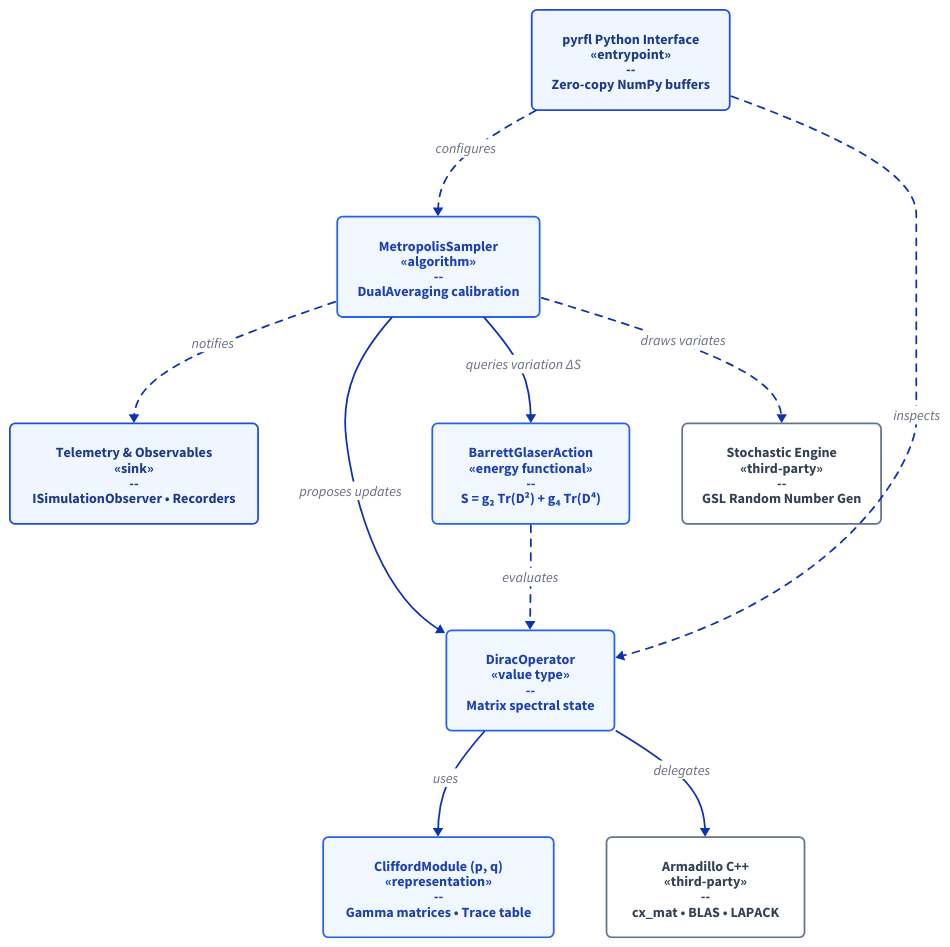
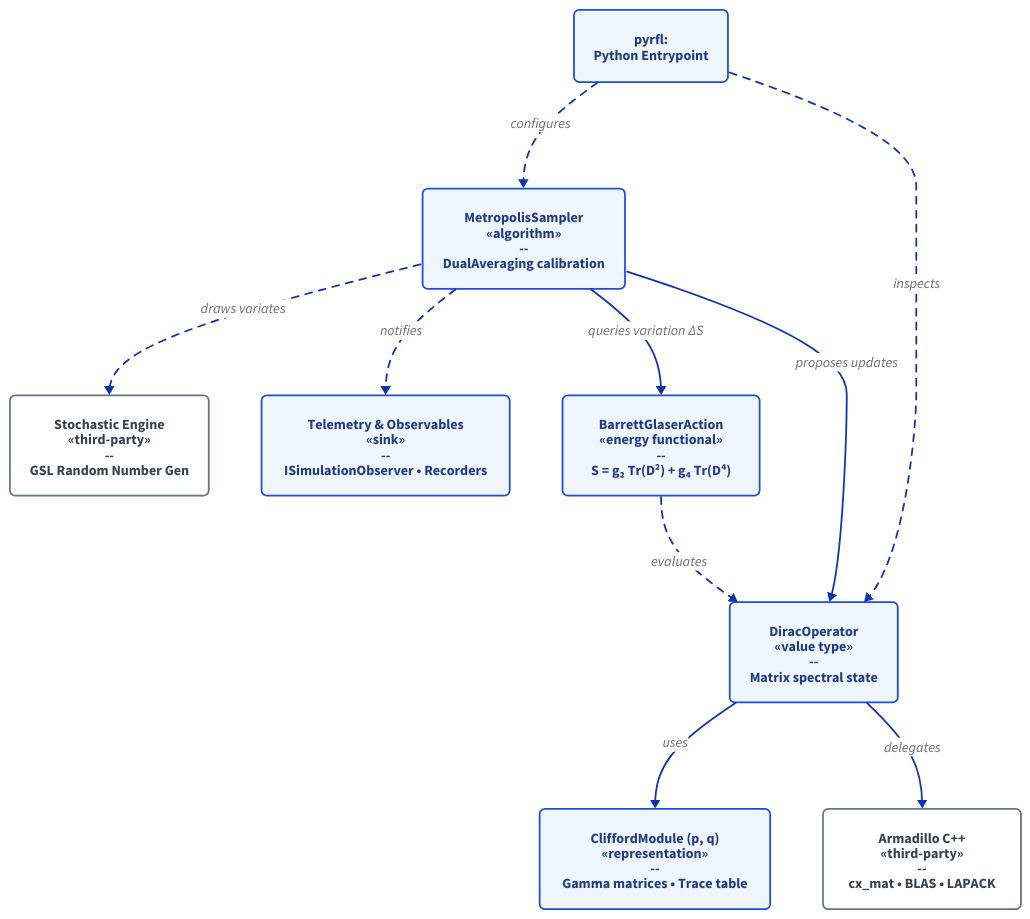
Before and after one commit to pauldruce/RFL: the diagram in docs/images/architecture_data_flow.d2, drawn with D2. The commit also changed 14 other files, not shown here.

```diff
--- a/docs/images/architecture_data_flow.d2
+++ b/docs/images/architecture_data_flow.d2
@@ -1,98 +1,87 @@
 # RFL System Architecture & Data Flow
 # Regenerate SVG: d2 architecture_data_flow.d2 architecture_data_flow.svg
 
 direction: down
 
-py: "pyrfl Python Interface\n«entrypoint»\n--\nZero-copy NumPy buffers" {
-  style: {
-    fill: "#eff6ff"
-    stroke: "#1d4ed8"
-    stroke-width: 2
-    border-radius: 6
-    font-color: "#1e3a8a"
-  }
+py: "pyrfl:\nPython Entrypoint" {
+  class: internal_component
+  shape: rectangle
 }
 
 obs: "Telemetry & Observables\n«sink»\n--\nISimulationObserver • Recorders" {
-  style: {
-    fill: "#eff6ff"
-    stroke: "#1d4ed8"
-    stroke-width: 2
-    border-radius: 6
-    font-color: "#1e3a8a"
-  }
+  class: internal_component
 }
 
 sampler: "MetropolisSampler\n«algorithm»\n--\nDualAveraging calibration" {
-  style: {
-    fill: "#f0f7ff"
-    stroke: "#2563eb"
-    stroke-width: 2
-    border-radius: 6
-    font-color: "#1e40af"
-  }
+  class: internal_component
 }
 
 action: "BarrettGlaserAction\n«energy functional»\n--\nS = g₂ Tr(D²) + g₄ Tr(D⁴)" {
-  style: {
-    fill: "#f0f7ff"
-    stroke: "#2563eb"
-    stroke-width: 2
-    border-radius: 6
-    font-color: "#1e40af"
-  }
+  class: internal_component
 }
 
 dirac: "DiracOperator\n«value type»\n--\nMatrix spectral state" {
-  style: {
-    fill: "#f0f7ff"
-    stroke: "#2563eb"
-    stroke-width: 2
-    border-radius: 6
-    font-color: "#1e40af"
-  }
+  class: internal_component
 }
 
 clifford: "CliffordModule (p, q)\n«representation»\n--\nGamma matrices • Trace table" {
-  style: {
-    fill: "#f0f7ff"
-    stroke: "#2563eb"
-    stroke-width: 2
-    border-radius: 6
-    font-color: "#1e40af"
-  }
+  class: internal_component
 }
 
 arma: "Armadillo C++\n«third-party»\n--\ncx_mat • BLAS • LAPACK" {
-  style: {
-    fill: "#ffffff"
-    stroke: "#64748b"
-    stroke-width: 2
-    border-radius: 6
-    font-color: "#334155"
-  }
+  class: external_system
 }
 
 rng: "Stochastic Engine\n«third-party»\n--\nGSL Random Number Gen" {
-  style: {
-    fill: "#ffffff"
-    stroke: "#64748b"
-    stroke-width: 2
-    border-radius: 6
-    font-color: "#334155"
-  }
+  class: external_system
 }
 
 # Execution & Data Flow
-py -> sampler: configures { style.stroke-dash: 4 }
-py -> dirac: inspects { style.stroke-dash: 4 }
+py -> sampler: configures {style.stroke-dash: 4}
+py -> dirac: inspects {style.stroke-dash: 4}
 
-sampler -> obs: notifies { style.stroke-dash: 4 }
+sampler -> rng: draws variates {style.stroke-dash: 4}
+sampler -> obs: notifies {style.stroke-dash: 4}
+sampler -> action: queries variation ΔS
 sampler -> dirac: proposes updates
-sampler -> action: queries variation ΔS
-sampler -> rng: draws variates { style.stroke-dash: 4 }
-
-action -> dirac: evaluates { style.stroke-dash: 4 }
 
 dirac -> clifford: uses
 dirac -> arma: delegates
+
+action -> dirac: evaluates {style.stroke-dash: 4}
+
+# Sylings
+classes: {
+  # Components
+  internal_component: {
+    style: {
+      fill: "#eff6ff"
+      stroke: "#1d4ed8"
+      stroke-width: 2
+      border-radius: 6
+      font-color: "#1e3a8a"
+    }
+  }
+  external_system: {
+    style: {
+      fill: "#ffffff"
+      stroke: "#64748b"
+      stroke-width: 2
+      border-radius: 6
+      font-color: "#334155"
+    }
+  }
+  # Arrow Styles
+  system_boundary: {
+    style: {
+      stroke-dash: 5
+      fill: "#f8f9fa"
+    }
+  }
+  container_boundary: {
+    style: {
+      stroke-dash: 3
+      fill: "#e9ecef"
+    }
+  }
+}
```
